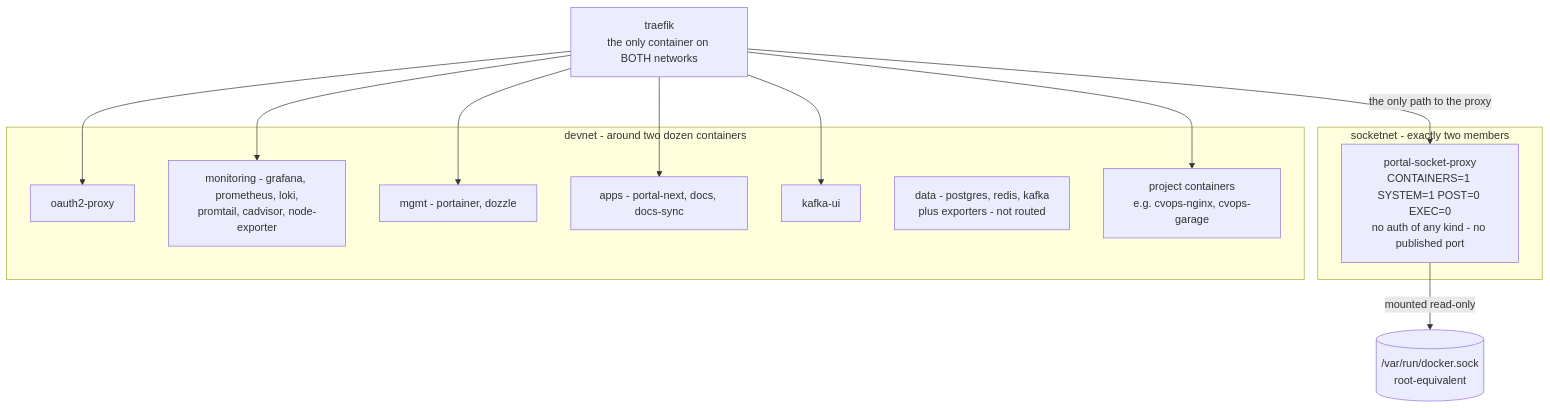
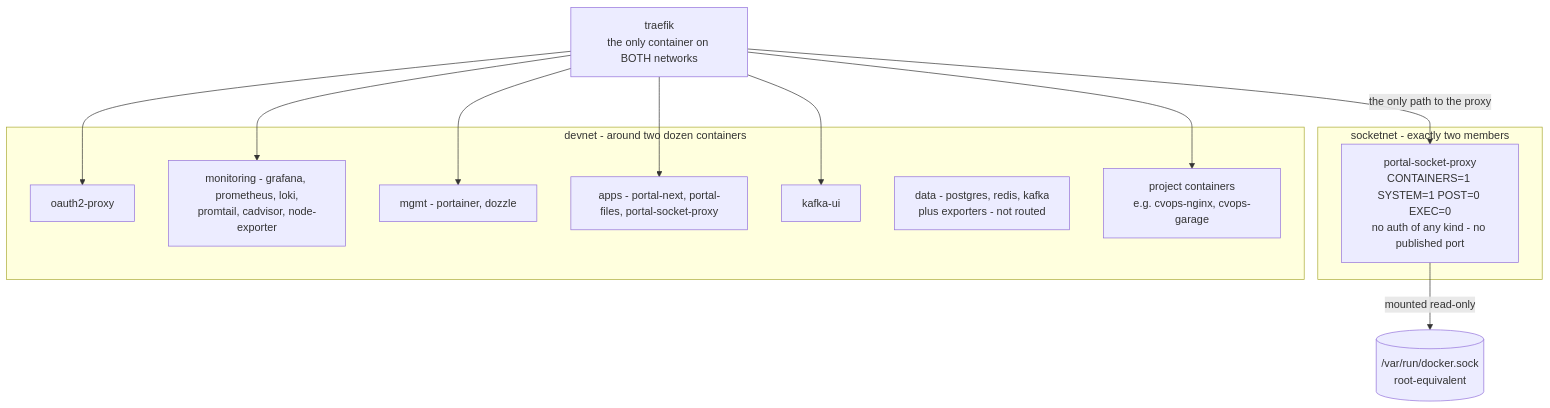
One commit to YehudaBriskman/Bothy changed the second of 6 diagrams in docs/ARCHITECTURE.md. Above: the diagram before and after it, drawn with Mermaid. The commit also changed other lines of this file and 17 other files, not shown here.

````diff
--- a/docs/ARCHITECTURE.md
+++ b/docs/ARCHITECTURE.md
@@ -185,29 +185,29 @@
 ```mermaid
 flowchart TB
     SOCKET[("/var/run/docker.sock<br/>root-equivalent")]
 
     subgraph s_socketnet["socketnet - exactly two members"]
         PROXY["portal-socket-proxy<br/>CONTAINERS=1 SYSTEM=1 POST=0 EXEC=0<br/>no auth of any kind - no published port"]
     end
 
     subgraph s_devnet["devnet - around two dozen containers"]
         OAUTH["oauth2-proxy"]
         OBS["monitoring - grafana, prometheus, loki,<br/>promtail, cadvisor, node-exporter"]
         MGMT["mgmt - portainer, dozzle"]
-        APPSG["apps - portal-next, docs, docs-sync"]
+        APPSG["apps - portal-next, portal-files, portal-socket-proxy"]
         KUI["kafka-ui"]
         DATAG["data - postgres, redis, kafka<br/>plus exporters - not routed"]
         PROJ["project containers<br/>e.g. cvops-nginx, cvops-garage"]
     end
 
     TRAEFIK["traefik<br/>the only container on BOTH networks"]
 
     TRAEFIK --> OAUTH
     TRAEFIK --> OBS
     TRAEFIK --> MGMT
     TRAEFIK --> APPSG
     TRAEFIK --> KUI
     TRAEFIK --> PROJ
     TRAEFIK -->|"the only path to the proxy"| PROXY
     PROXY -->|"mounted read-only"| SOCKET
 ```
````
